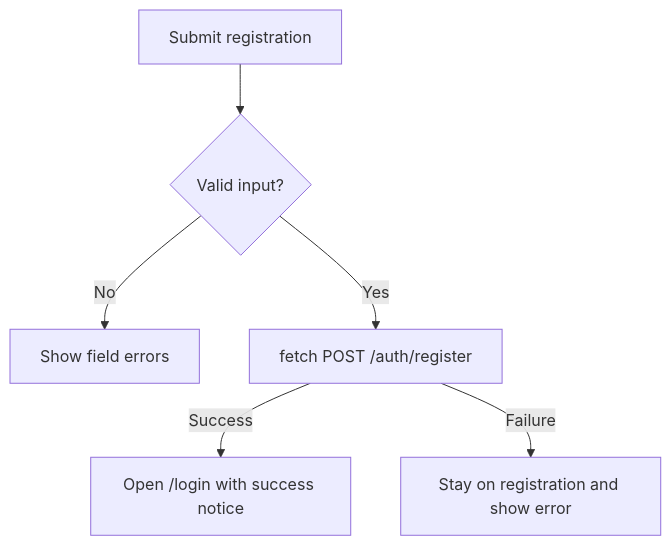
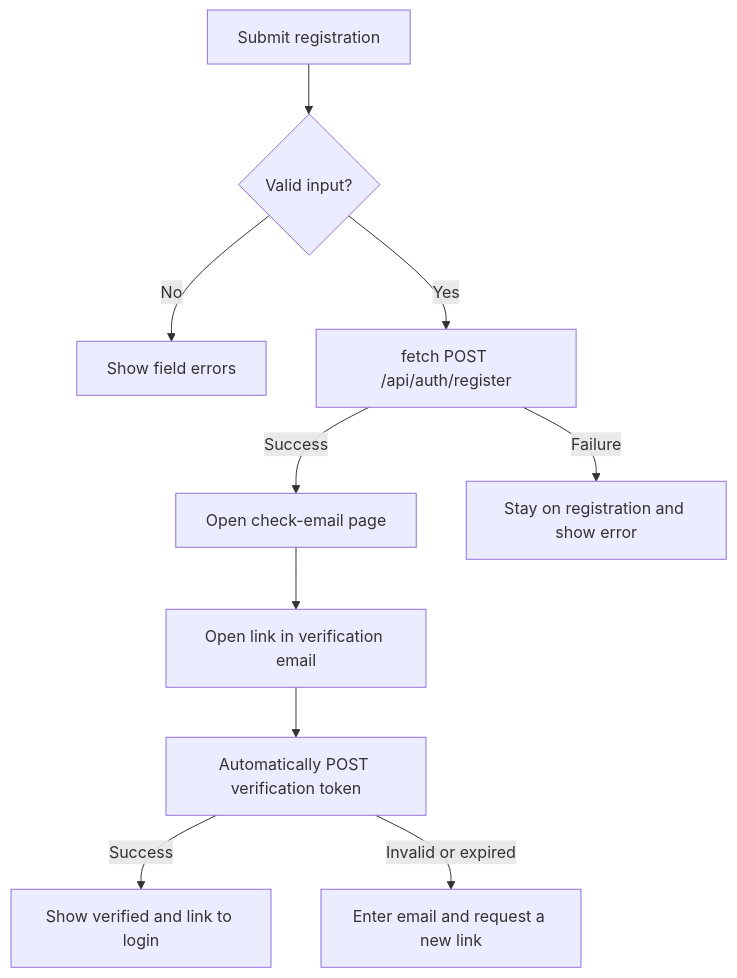
Before and after one commit to AY2627S1-CS3219-P24/FoC: the second of 6 diagrams in frontend/src/features/auth/auth-flow.md, drawn with Mermaid. The commit also changed other lines of this file and 51 other files, not shown here.

Commit message:
feat(auth): add registration email verification

````diff
--- a/frontend/src/features/auth/auth-flow.md
+++ b/frontend/src/features/auth/auth-flow.md
@@ -46,8 +46,12 @@
 ```mermaid
 flowchart TD
     Submit[Submit registration] --> Validate{Valid input?}
     Validate -->|No| Fields[Show field errors]
-    Validate -->|Yes| Request[fetch POST /auth/register]
-    Request -->|Success| Login[Open /login with success notice]
+    Validate -->|Yes| Request[fetch POST /api/auth/register]
+    Request -->|Success| Check[Open check-email page]
     Request -->|Failure| Error[Stay on registration and show error]
+    Check --> Mail[Open link in verification email]
+    Mail --> Verify[Automatically POST verification token]
+    Verify -->|Success| Login[Show verified and link to login]
+    Verify -->|Invalid or expired| Resend[Enter email and request a new link]
 ```
````
